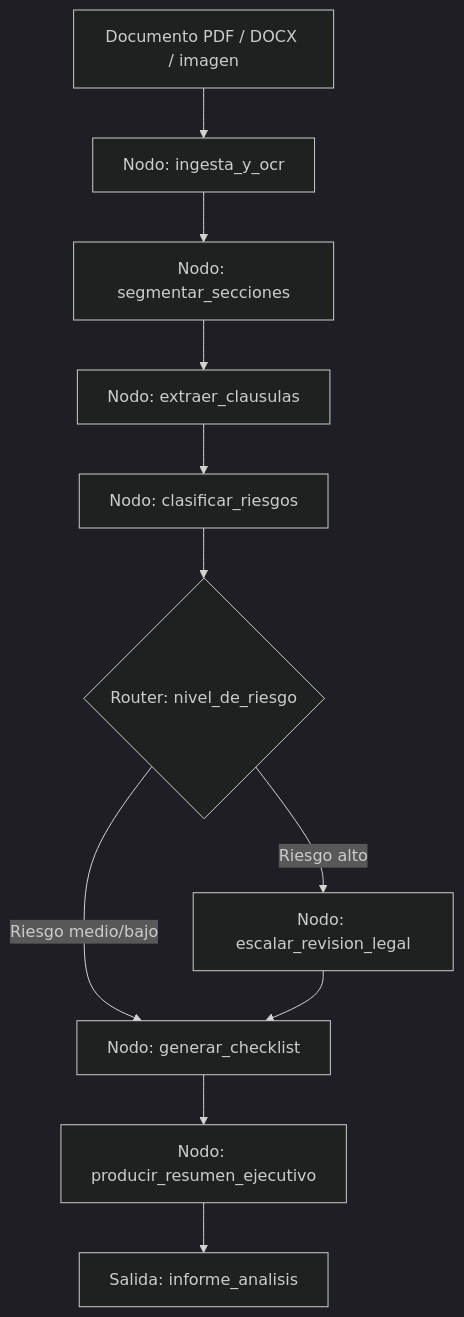
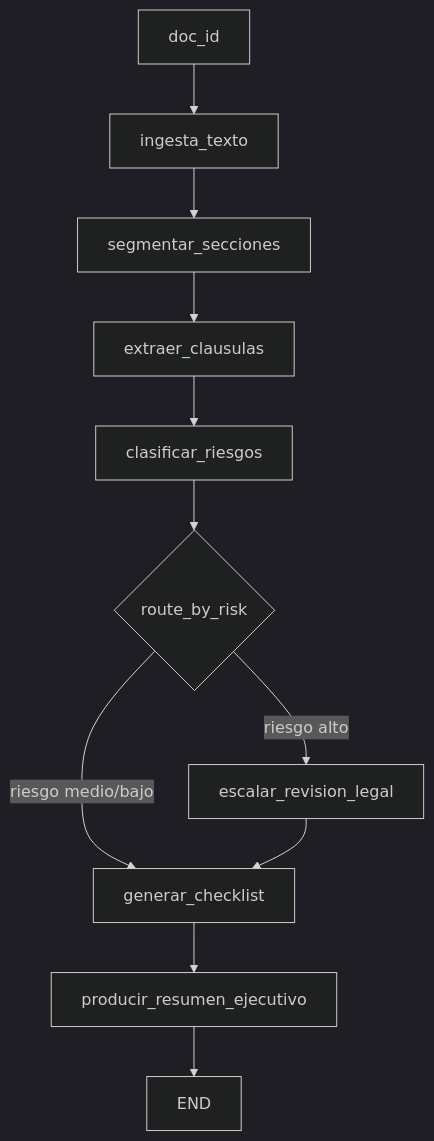
One commit to vladimiracunadev-create/langgraph-realworld changed the diagram in cases/05-analista-documentos/README.md. Above: the diagram before and after it, drawn with Mermaid (dark theme). The commit also changed other lines of this file and 21 other files, not shown here.

````diff
--- a/cases/05-analista-documentos/README.md
+++ b/cases/05-analista-documentos/README.md
@@ -16,13 +23,13 @@
 ```mermaid
 graph TD
-    A[Documento PDF / DOCX / imagen] --> B[Nodo: ingesta_y_ocr]
-    B --> C[Nodo: segmentar_secciones]
-    C --> D[Nodo: extraer_clausulas]
-    D --> E[Nodo: clasificar_riesgos]
-    E --> F{Router: nivel_de_riesgo}
-    F -->|Riesgo alto| G[Nodo: escalar_revision_legal]
-    F -->|Riesgo medio/bajo| H[Nodo: generar_checklist]
+    A[doc_id] --> B[ingesta_texto]
+    B --> C[segmentar_secciones]
+    C --> D[extraer_clausulas]
+    D --> E[clasificar_riesgos]
+    E --> F{route_by_risk}
+    F -->|riesgo alto| G[escalar_revision_legal]
+    F -->|riesgo medio/bajo| H[generar_checklist]
     G --> H
-    H --> I[Nodo: producir_resumen_ejecutivo]
-    I --> J[Salida: informe_analisis]
+    H --> I[producir_resumen_ejecutivo]
+    I --> J[END]
 ```
````
